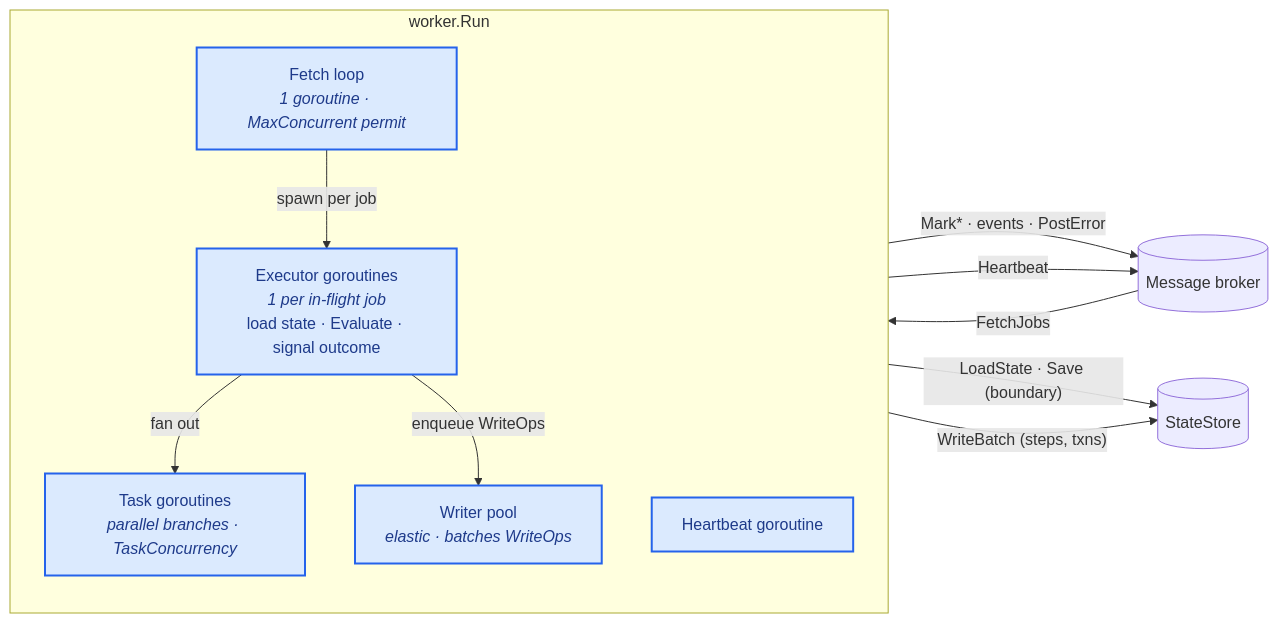
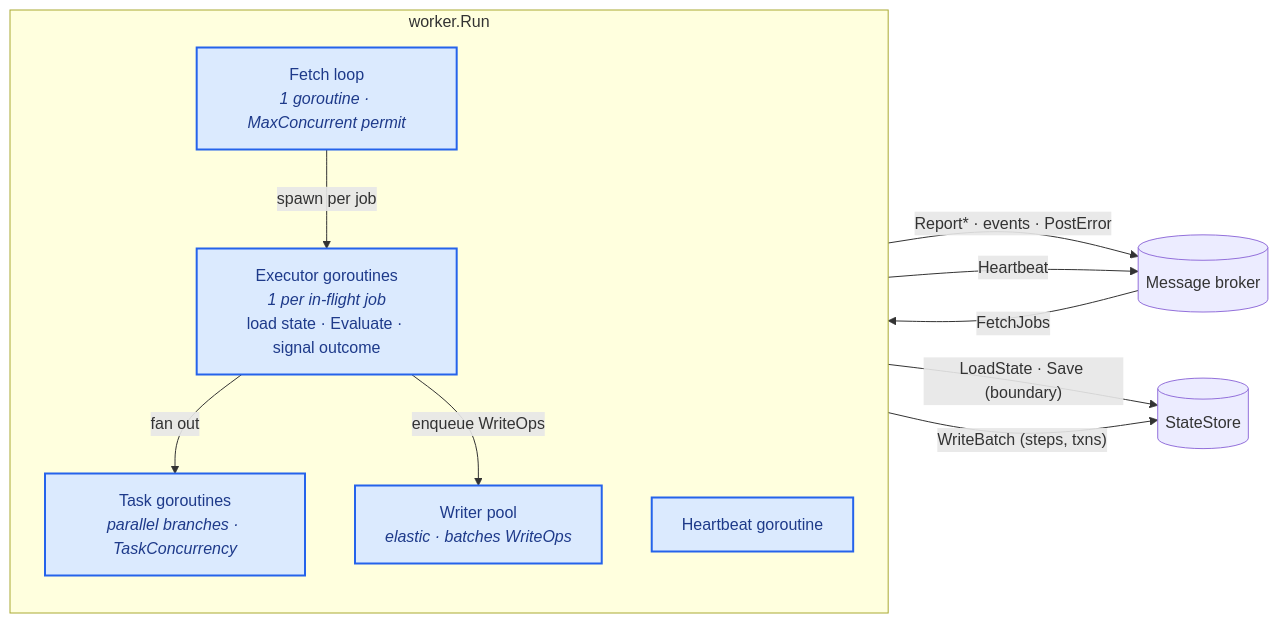
One commit to friendly-business-machines/blkit changed the second of 2 diagrams in README.md. Above: the diagram before and after it, drawn with Mermaid. The commit also changed other lines of this file and 29 other files, not shown here.

````diff
--- a/README.md
+++ b/README.md
@@ -330,28 +331,28 @@
 ```mermaid
 flowchart LR
     Broker[("Message broker")]
     Store[("StateStore")]
 
     subgraph Worker["worker.Run"]
         direction TB
         Fetch["Fetch loop<br/><i>1 goroutine · MaxConcurrent permit</i>"]
         Exec["Executor goroutines<br/><i>1 per in-flight job</i><br/>load state · Evaluate · signal outcome"]
         Tasks["Task goroutines<br/><i>parallel branches · TaskConcurrency</i>"]
         Writer["Writer pool<br/><i>elastic · batches WriteOps</i>"]
         Heart["Heartbeat goroutine"]
 
         Fetch -->|"spawn per job"| Exec
         Exec -->|"fan out"| Tasks
         Exec -->|"enqueue WriteOps"| Writer
     end
 
     Broker -->|"FetchJobs"| Fetch
-    Exec -->|"Mark* · events · PostError"| Broker
+    Exec -->|"Report* · events · PostError"| Broker
     Heart -->|"Heartbeat"| Broker
 
     Exec -->|"LoadState · Save (boundary)"| Store
     Writer -->|"WriteBatch (steps, txns)"| Store
 
     classDef blkit fill:#dbeafe,stroke:#2563eb,stroke-width:2px,color:#1e3a8a;
     class Fetch,Exec,Tasks,Writer,Heart blkit;
 ```
````
